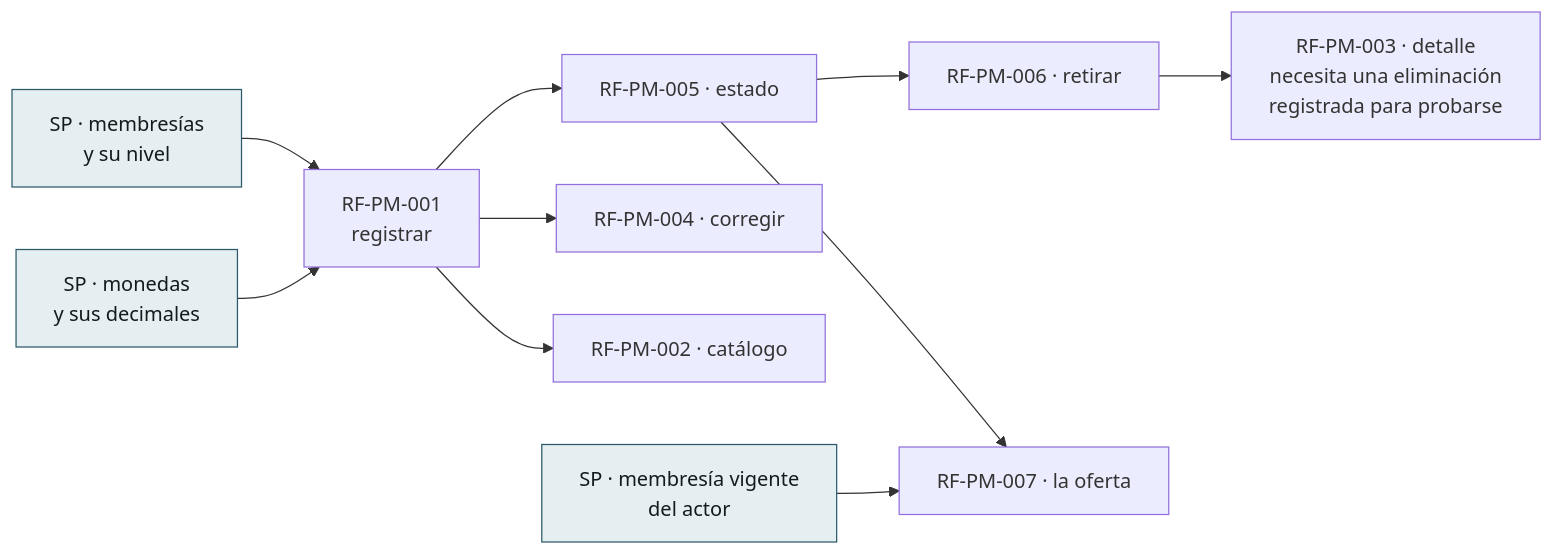
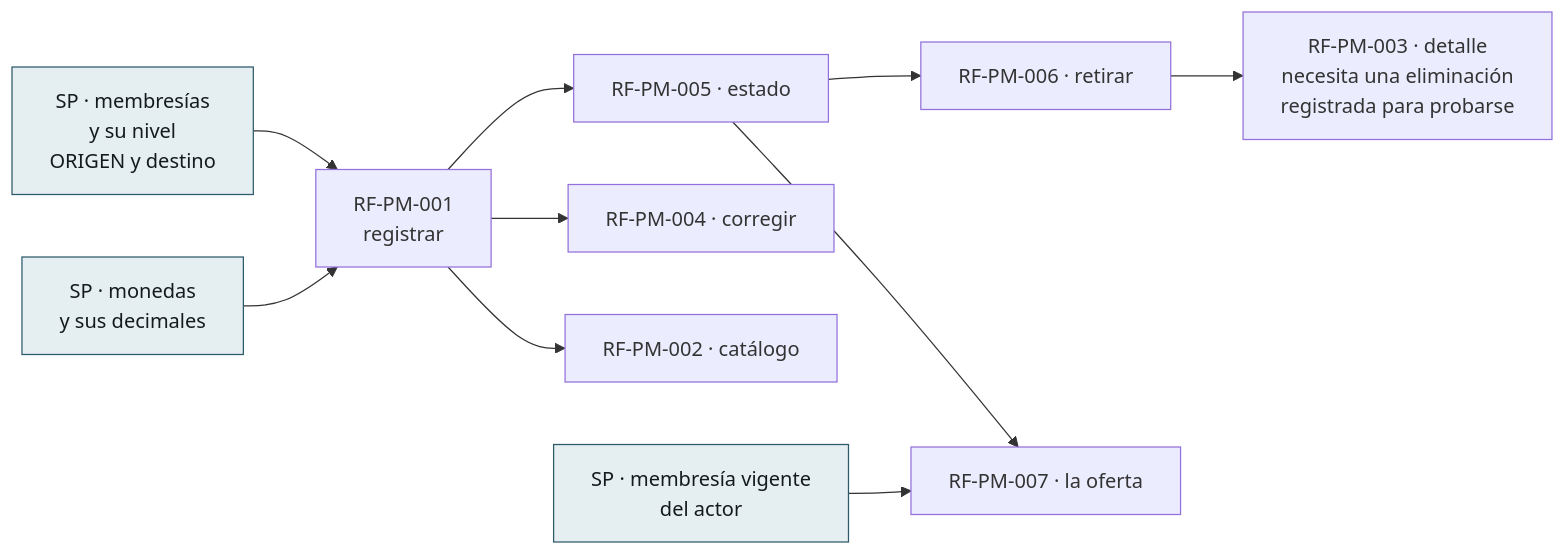
One commit to NexusPro-Dev/backend changed the fourth of 4 diagrams in docs/flujos/pm/flujos-del-modulo.md. Above: the diagram before and after it, drawn with Mermaid. The commit also changed other lines of this file and 53 other files, not shown here.

````diff
--- a/docs/flujos/pm/flujos-del-modulo.md
+++ b/docs/flujos/pm/flujos-del-modulo.md
@@ -108,15 +108,15 @@
 ```mermaid
 flowchart LR
-    SP1["SP · membresías<br/>y su nivel"] --> PM1["RF-PM-001<br/>registrar"]
+    SP1["SP · membresías<br/>y su nivel<br/>ORIGEN y destino"] --> PM1["RF-PM-001<br/>registrar"]
     SP2["SP · monedas<br/>y sus decimales"] --> PM1
     PM1 --> PM5["RF-PM-005 · estado"]
     PM1 --> PM4["RF-PM-004 · corregir"]
     PM5 --> PM6["RF-PM-006 · retirar"]
     PM6 --> PM3["RF-PM-003 · detalle<br/>necesita una eliminación<br/>registrada para probarse"]
     PM1 --> PM2["RF-PM-002 · catálogo"]
     SP3["SP · membresía vigente<br/>del actor"] --> PM7["RF-PM-007 · la oferta"]
     PM5 --> PM7
 
     classDef sp fill:#E5EEF0,stroke:#2D5A6B,color:#141B1E
     class SP1,SP2,SP3 sp
 ```
````
